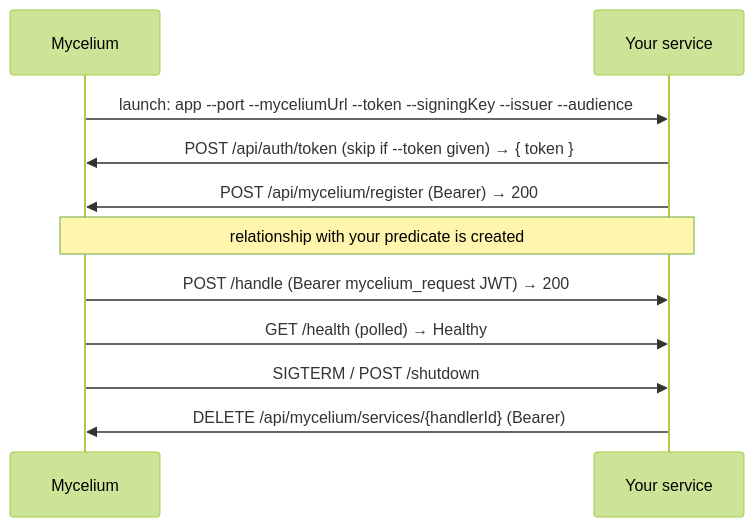
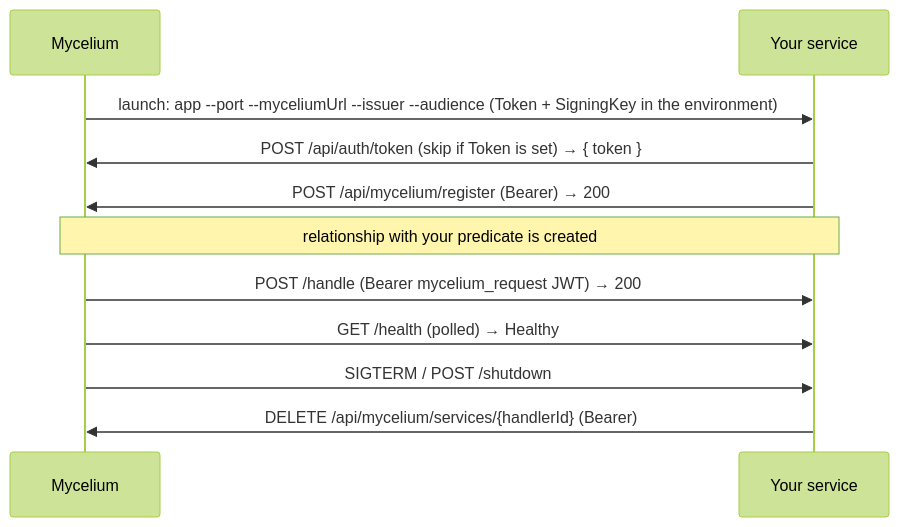
Before and after one commit to ReGen-Villages/VillageOS-API: the diagram in docs/SERVICE_AUTHORING.md, drawn with Mermaid (forest theme). The commit also changed other lines of this file and 12 other files, not shown here.

````diff
--- a/docs/SERVICE_AUTHORING.md
+++ b/docs/SERVICE_AUTHORING.md
@@ -23,13 +23,13 @@
 ```mermaid
 sequenceDiagram
     participant M as Mycelium
     participant S as Your service
-    M->>S: launch: app --port --myceliumUrl --token --signingKey --issuer --audience
-    S->>M: POST /api/auth/token (skip if --token given) → { token }
+    M->>S: launch: app --port --myceliumUrl --issuer --audience (Token + SigningKey in the environment)
+    S->>M: POST /api/auth/token (skip if Token is set) → { token }
     S->>M: POST /api/mycelium/register (Bearer) → 200
     Note over M,S: relationship with your predicate is created
     M->>S: POST /handle (Bearer mycelium_request JWT) → 200
     M->>S: GET /health (polled) → Healthy
     M->>S: SIGTERM / POST /shutdown
     S->>M: DELETE /api/mycelium/services/{handlerId} (Bearer)
 ```
````
